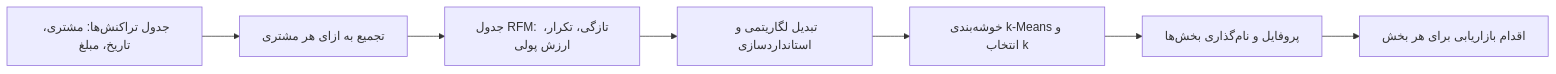
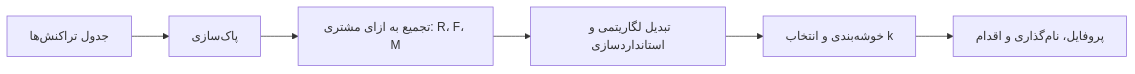
Before and after one commit to haghbinh/DM_Course: the diagram in Part 6_Clustering/29 - ارزیابی و تفسیر خوشه‌ها.md, drawn with Mermaid. The commit also changed other lines of this file and 23 other files, not shown here.

````diff
--- a/Part 6_Clustering/29 - ارزیابی و تفسیر خوشه‌ها.md
+++ b/Part 6_Clustering/29 - ارزیابی و تفسیر خوشه‌ها.md
@@ -246,9 +518,8 @@
 ```mermaid
 flowchart LR
-    A["جدول تراکنش‌ها: مشتری، تاریخ، مبلغ"] --> B["تجمیع به ازای هر مشتری"]
-    B --> C["جدول RFM: تازگی، تکرار، ارزش پولی"]
+    A["جدول تراکنش‌ها"] --> B["پاک‌سازی"]
+    B --> C["تجمیع به ازای مشتری: R، F، M"]
     C --> D["تبدیل لگاریتمی و استانداردسازی"]
-    D --> E["خوشه‌بندی k-Means و انتخاب k"]
-    E --> F["پروفایل و نام‌گذاری بخش‌ها"]
-    F --> G["اقدام بازاریابی برای هر بخش"]
+    D --> E["خوشه‌بندی و انتخاب k"]
+    E --> F["پروفایل، نام‌گذاری و اقدام"]
 ```
````
